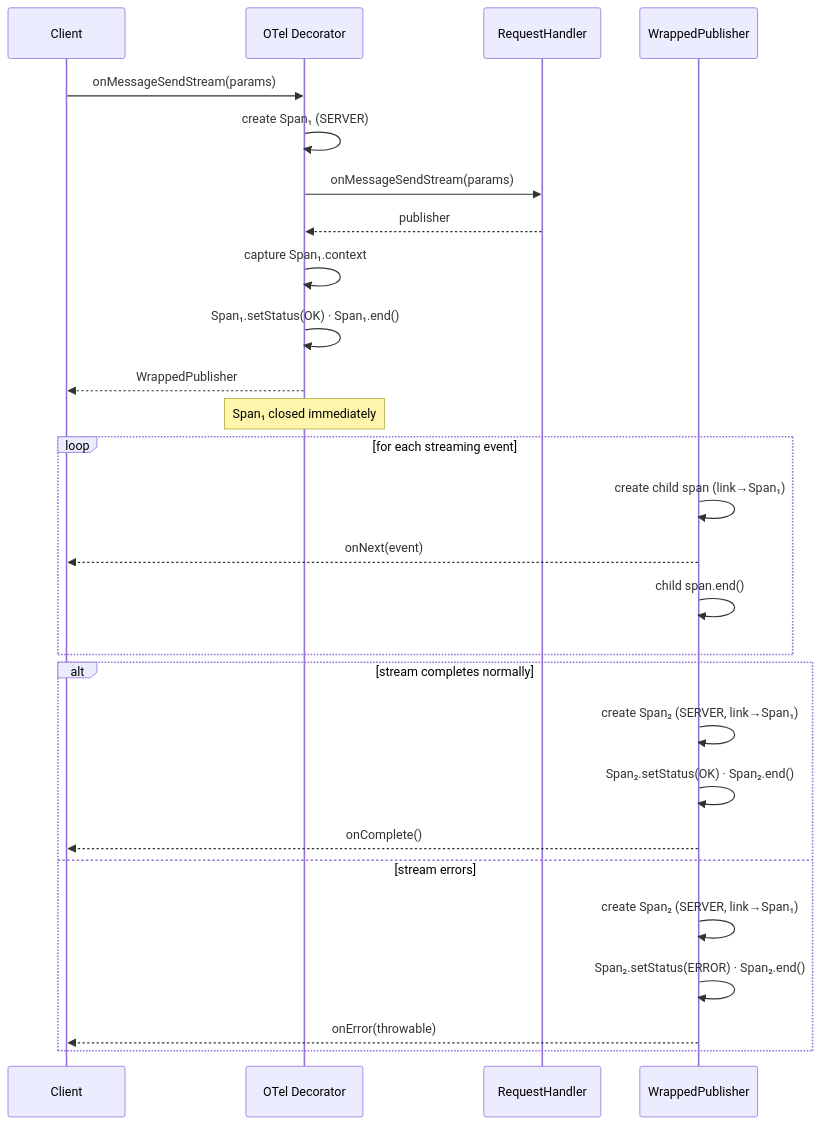
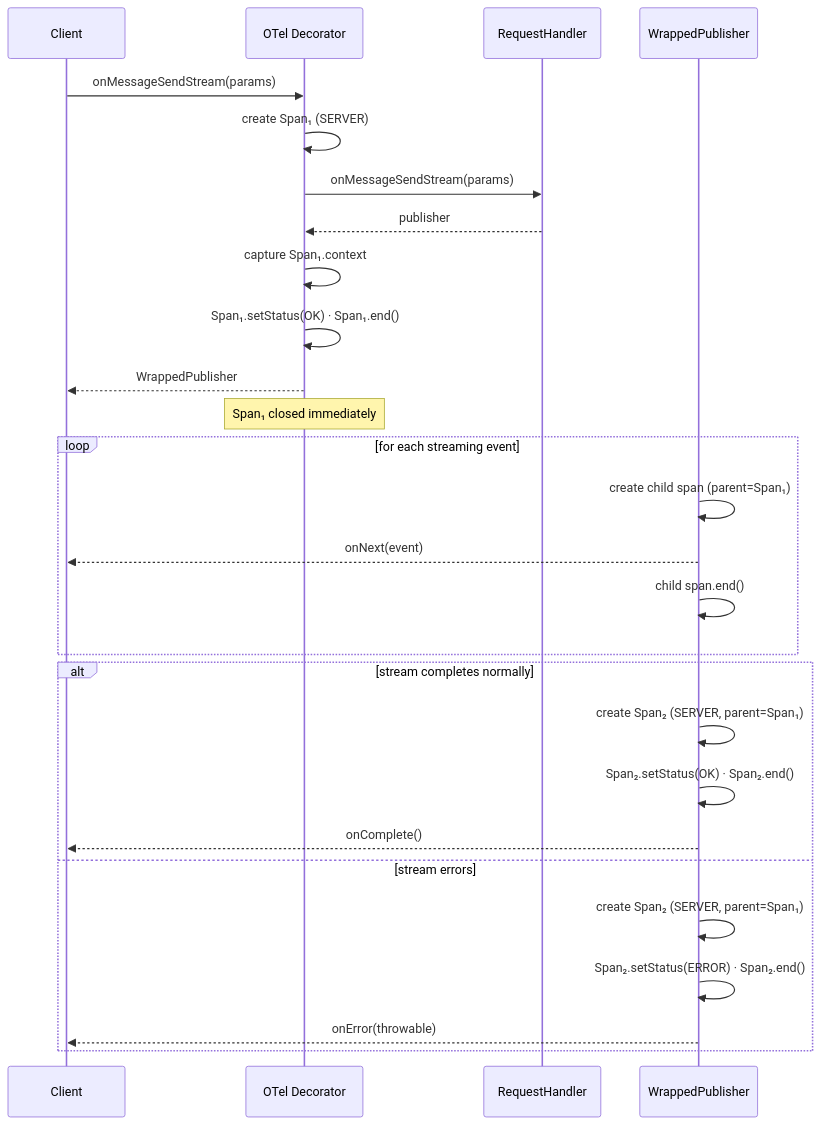
One commit to a2aproject/a2a-java changed the diagram in docs/content/dev/extra/opentelemetry.md. Above: the diagram before and after it, drawn with Mermaid. The commit also changed other lines of this file and 29 other files, not shown here.

```diff
--- a/docs/content/dev/extra/opentelemetry.md
+++ b/docs/content/dev/extra/opentelemetry.md
@@ -79,33 +80,33 @@
 <pre class="mermaid">
 sequenceDiagram
     participant C as Client
     participant D as OTel Decorator
     participant H as RequestHandler
     participant W as WrappedPublisher
 
     C->>D: onMessageSendStream(params)
     D->>D: create Span₁ (SERVER)
     D->>H: onMessageSendStream(params)
     H-->>D: publisher
     D->>D: capture Span₁.context
     D->>D: Span₁.setStatus(OK) · Span₁.end()
     D-->>C: WrappedPublisher
 
     note over D: Span₁ closed immediately
 
     loop for each streaming event
-        W->>W: create child span (link→Span₁)
+        W->>W: create child span (parent=Span₁)
         W-->>C: onNext(event)
         W->>W: child span.end()
     end
 
     alt stream completes normally
-        W->>W: create Span₂ (SERVER, link→Span₁)
+        W->>W: create Span₂ (SERVER, parent=Span₁)
         W->>W: Span₂.setStatus(OK) · Span₂.end()
         W-->>C: onComplete()
     else stream errors
-        W->>W: create Span₂ (SERVER, link→Span₁)
+        W->>W: create Span₂ (SERVER, parent=Span₁)
         W->>W: Span₂.setStatus(ERROR) · Span₂.end()
         W-->>C: onError(throwable)
     end
 </pre>
```
